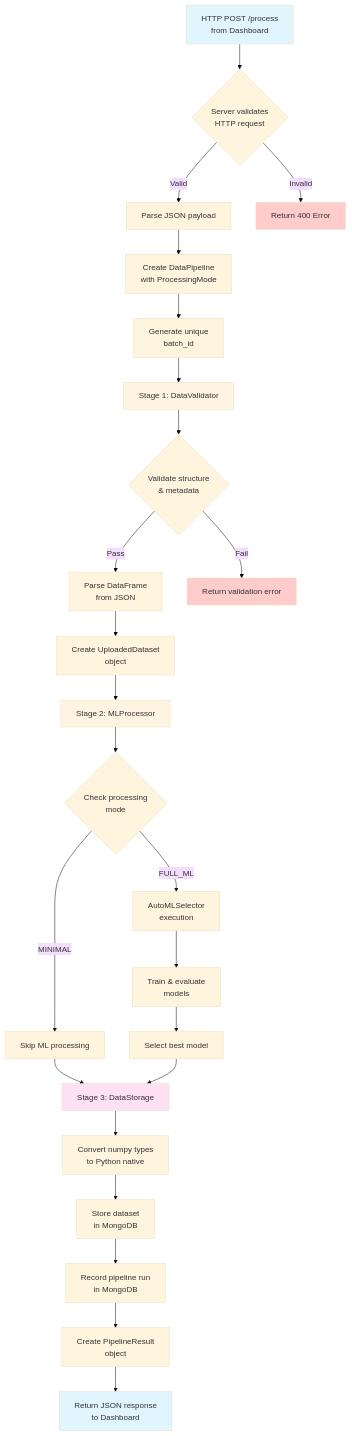
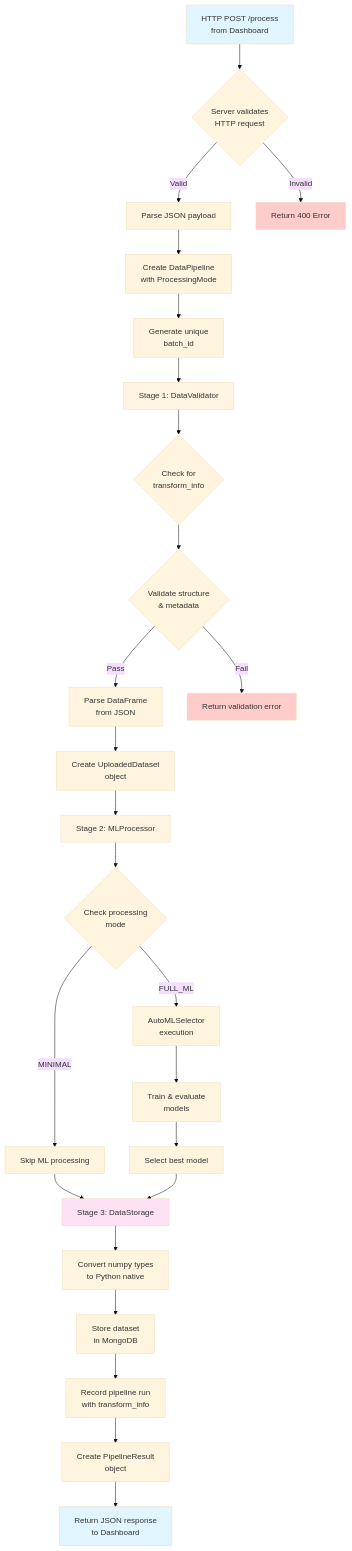
Before and after one commit to gusdorio/PI2025-02: the diagram in ml_model/README.md, drawn with Mermaid (base theme). The commit also changed other lines of this file and 6 other files, not shown here.

Commit message:
Architectural changes in data uploader pipeline of dashboard microservice abstraction definitions for easily coupling of data transformation logic was added too (for future implementation)

````diff
--- a/ml_model/README.md
+++ b/ml_model/README.md
@@ -405,39 +426,40 @@
 ```mermaid
 flowchart TD
     A[HTTP POST /process<br/>from Dashboard] --> B{Server validates<br/>HTTP request}
     B -->|Valid| C[Parse JSON payload]
     B -->|Invalid| ERR1[Return 400 Error]
 
     C --> D[Create DataPipeline<br/>with ProcessingMode]
     D --> E[Generate unique<br/>batch_id]
 
     E --> F[Stage 1: DataValidator]
-    F --> F1{Validate structure<br/>& metadata}
+    F --> F0{Check for<br/>transform_info}
+    F0 --> F1{Validate structure<br/>& metadata}
     F1 -->|Pass| F2[Parse DataFrame<br/>from JSON]
     F1 -->|Fail| ERR2[Return validation error]
     F2 --> F3[Create UploadedDataset<br/>object]
 
     F3 --> G[Stage 2: MLProcessor]
     G --> G1{Check processing<br/>mode}
     G1 -->|MINIMAL| G2[Skip ML processing]
     G1 -->|FULL_ML| G3[AutoMLSelector<br/>execution]
     G3 --> G4[Train & evaluate<br/>models]
     G4 --> G5[Select best model]
 
     G2 --> H[Stage 3: DataStorage]
     G5 --> H
     H --> H1[Convert numpy types<br/>to Python native]
     H1 --> H2[Store dataset<br/>in MongoDB]
-    H2 --> H3[Record pipeline run<br/>in MongoDB]
+    H2 --> H3[Record pipeline run<br/>with transform_info]
 
     H3 --> I[Create PipelineResult<br/>object]
     I --> J[Return JSON response<br/>to Dashboard]
 
     style A fill:#e1f5ff
     style F fill:#fff4e1
     style G fill:#fff4e1
     style H fill:#ffe1f5
     style J fill:#e1f5ff
     style ERR1 fill:#ffcccc
     style ERR2 fill:#ffcccc
 ```
````
